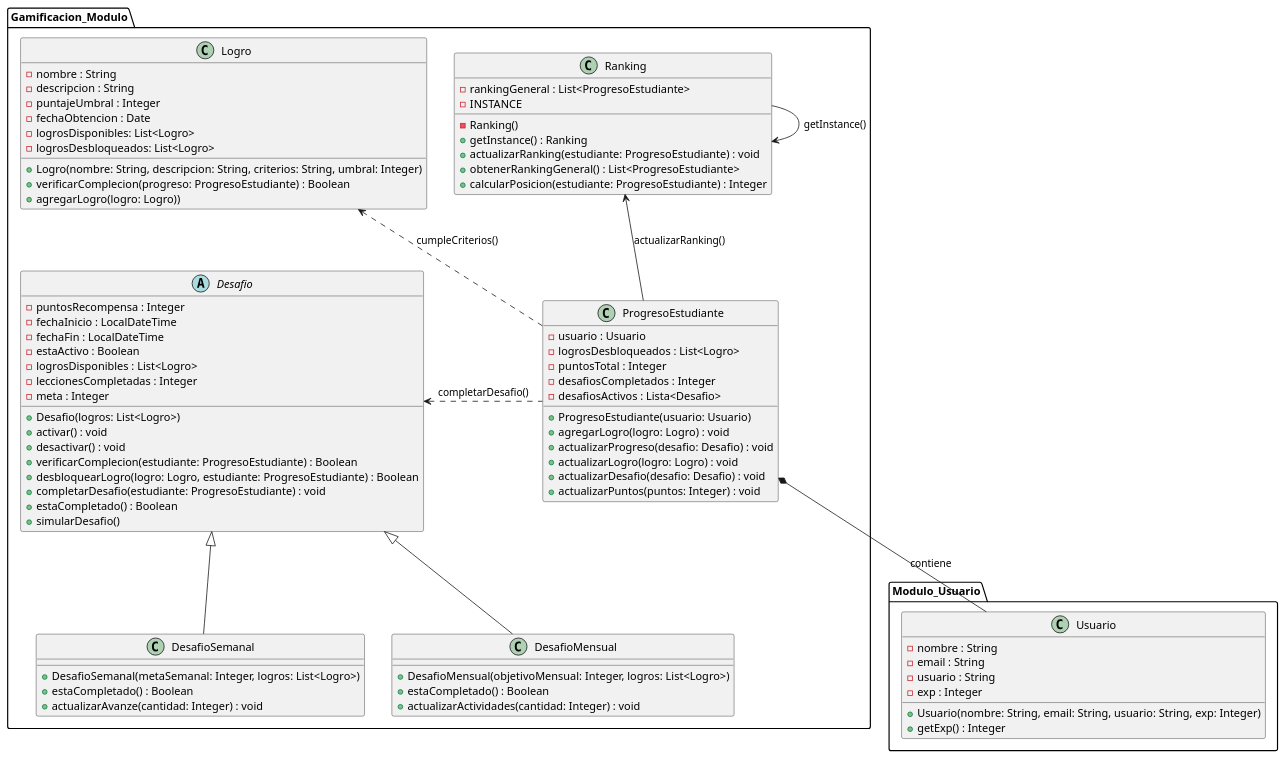
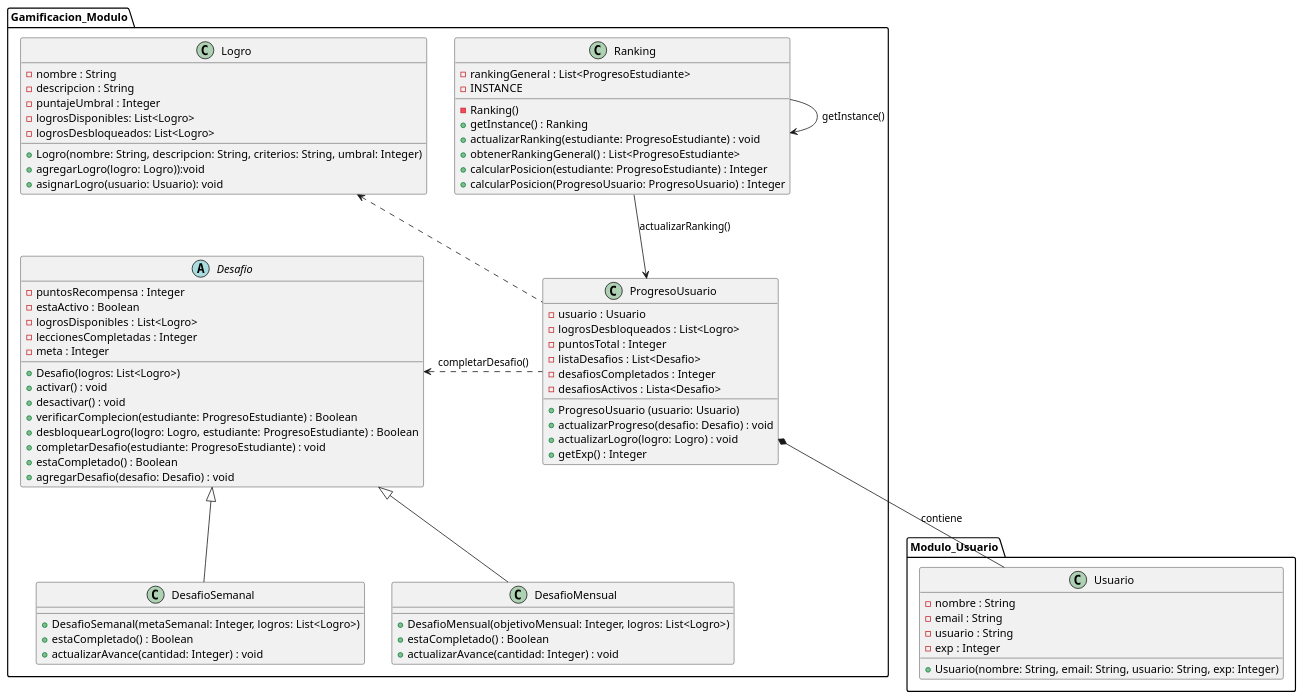
The diagram in src/main/java/Gamificacion_Modulo/Gamificación_Diagrama/DiagramaClasesGamificacion.puml (FernandoHuilca/HelloCode_Software), drawn with PlantUML before and after one commit.

Commit message:
cambios del diagrama de clases

```diff
--- a/src/main/java/Gamificacion_Modulo/Gamificación_Diagrama/DiagramaClasesGamificacion.puml
+++ b/src/main/java/Gamificacion_Modulo/Gamificación_Diagrama/DiagramaClasesGamificacion.puml
@@ -1,103 +1,98 @@
 @startuml
 package Modulo_Usuario {
 
     class Usuario {
             - nombre : String
             - email : String
             - usuario : String
             - exp : Integer
             + Usuario(nombre: String, email: String, usuario: String, exp: Integer)
-            + getExp() : Integer
         }
 
 }
 
 package "Gamificacion_Modulo" {
 
     class Logro {
         - nombre : String
         - descripcion : String
         - puntajeUmbral : Integer
-        - fechaObtencion : Date
         - logrosDisponibles: List<Logro>
         - logrosDesbloqueados: List<Logro>
         + Logro(nombre: String, descripcion: String, criterios: String, umbral: Integer)
-        + verificarComplecion(progreso: ProgresoEstudiante) : Boolean
-        'Hablar de agregarLogro
-        +agregarLogro(logro: Logro))
+        + agregarLogro(logro: Logro)):void
+        + asignarLogro(usuario: Usuario): void
     }
 
     abstract class Desafio {
         - puntosRecompensa : Integer
-        - fechaInicio : LocalDateTime
-        - fechaFin : LocalDateTime
         - estaActivo : Boolean
         - logrosDisponibles : List<Logro>
         - leccionesCompletadas : Integer
         - meta : Integer
         'Cual es la diferencia entre verificarComplecion y estaCompletado?
         + Desafio(logros: List<Logro>)
         + activar() : void
         + desactivar() : void
         + verificarComplecion(estudiante: ProgresoEstudiante) : Boolean
         + desbloquearLogro(logro: Logro, estudiante: ProgresoEstudiante) : Boolean
         + completarDesafio(estudiante: ProgresoEstudiante) : void
         + estaCompletado() : Boolean
-        + simularDesafio()
+        +agregarDesafio(desafio: Desafio) : void
     }
 
     class DesafioSemanal {
 
         + DesafioSemanal(metaSemanal: Integer, logros: List<Logro>)
         + estaCompletado() : Boolean
-        + actualizarAvanze(cantidad: Integer) : void
+        + actualizarAvance(cantidad: Integer) : void
     }
 
     class DesafioMensual {
 
         + DesafioMensual(objetivoMensual: Integer, logros: List<Logro>)
         + estaCompletado() : Boolean
-        + actualizarActividades(cantidad: Integer) : void
+        + actualizarAvance(cantidad: Integer) : void
     }
 
-    class ProgresoEstudiante {
+    class ProgresoUsuario {
         - usuario : Usuario
         - logrosDesbloqueados : List<Logro>
         - puntosTotal : Integer
+        - listaDesafios : List<Desafio>
         - desafiosCompletados : Integer
         - desafiosActivos : Lista<Desafio>
 
-        + ProgresoEstudiante(usuario: Usuario)
-        + agregarLogro(logro: Logro) : void
+        + ProgresoUsuario (usuario: Usuario)
         + actualizarProgreso(desafio: Desafio) : void
         + actualizarLogro(logro: Logro) : void
-        + actualizarDesafio(desafio: Desafio) : void
-        + actualizarPuntos(puntos: Integer) : void
+        + getExp() : Integer
     }
 
     class Ranking {
         - rankingGeneral : List<ProgresoEstudiante>
         -INSTANCE
         - Ranking()
         + getInstance() : Ranking
         + actualizarRanking(estudiante: ProgresoEstudiante) : void
         + obtenerRankingGeneral() : List<ProgresoEstudiante>
         + calcularPosicion(estudiante: ProgresoEstudiante) : Integer
+        + calcularPosicion(ProgresoUsuario: ProgresoUsuario) : Integer
     }
     Ranking ->Ranking: getInstance()
     ' Relaciones de Herencia
     Desafio <|-- DesafioSemanal
     Desafio <|-- DesafioMensual
 
     ' Relaciones de Composición
-    ProgresoEstudiante *-- Usuario : "contiene"
+    ProgresoUsuario *-- Usuario : "contiene"
 
 
     ' Relaciones de Dependencia
-    Logro <.. ProgresoEstudiante : "cumpleCriterios()"
-    Desafio <. ProgresoEstudiante : "completarDesafio()"
-    Ranking <-- ProgresoEstudiante : "actualizarRanking()"
+    Logro <.. ProgresoUsuario
+    Desafio <. ProgresoUsuario : "completarDesafio()"
+    Ranking --> ProgresoUsuario : "actualizarRanking()"
 
 }
 
 @enduml
```
